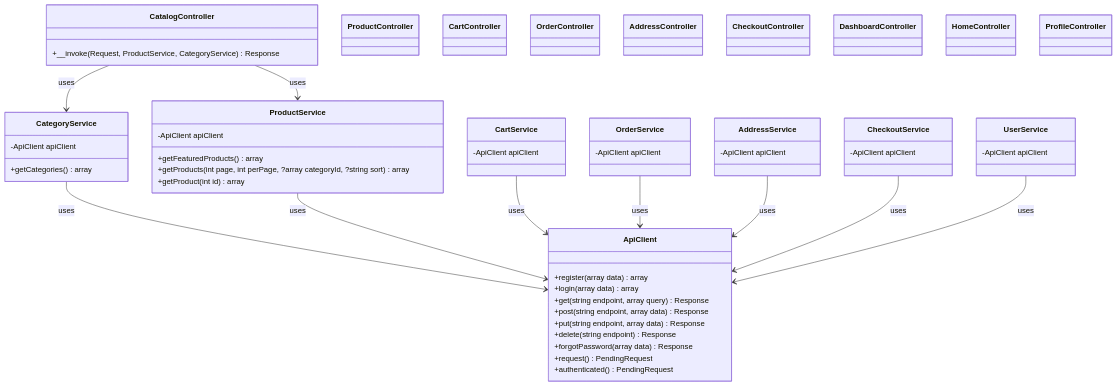
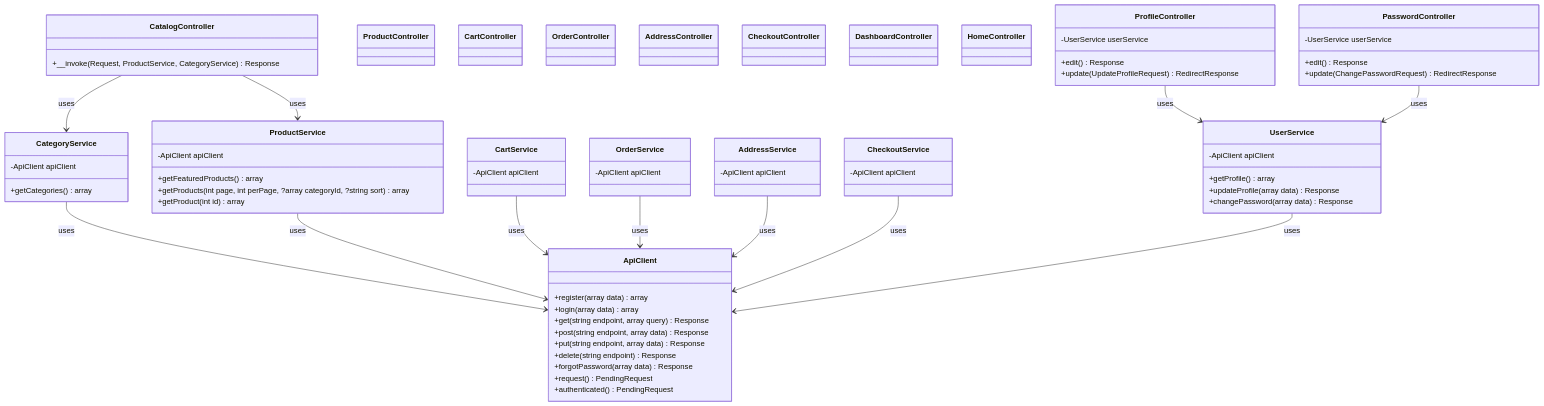
The diagram in uml/entities.mmd (ikonoverde/b2b-mobile), drawn with Mermaid before and after one commit. The commit also changed 9 other files, not shown here.

```diff
--- a/uml/entities.mmd
+++ b/uml/entities.mmd
@@ -1,83 +1,97 @@
 classDiagram
     class ApiClient {
         +register(array data) array
         +login(array data) array
         +get(string endpoint, array query) Response
         +post(string endpoint, array data) Response
         +put(string endpoint, array data) Response
         +delete(string endpoint) Response
         +forgotPassword(array data) Response
         +request() PendingRequest
         +authenticated() PendingRequest
     }
 
     class CategoryService {
         -ApiClient apiClient
         +getCategories() array
     }
 
     class ProductService {
         -ApiClient apiClient
         +getFeaturedProducts() array
         +getProducts(int page, int perPage, ?array categoryId, ?string sort) array
         +getProduct(int id) array
     }
 
     class CartService {
         -ApiClient apiClient
     }
 
     class OrderService {
         -ApiClient apiClient
     }
 
     class AddressService {
         -ApiClient apiClient
     }
 
     class CheckoutService {
         -ApiClient apiClient
     }
 
     class UserService {
         -ApiClient apiClient
+        +getProfile() array
+        +updateProfile(array data) Response
+        +changePassword(array data) Response
     }
 
     class CatalogController {
         +__invoke(Request, ProductService, CategoryService) Response
     }
 
     class ProductController {
     }
 
     class CartController {
     }
 
     class OrderController {
     }
 
     class AddressController {
     }
 
     class CheckoutController {
     }
 
     class DashboardController {
     }
 
     class HomeController {
     }
 
     class ProfileController {
+        -UserService userService
+        +edit() Response
+        +update(UpdateProfileRequest) RedirectResponse
+    }
+
+    class PasswordController {
+        -UserService userService
+        +edit() Response
+        +update(ChangePasswordRequest) RedirectResponse
     }
 
     CategoryService --> ApiClient : uses
     ProductService --> ApiClient : uses
     CartService --> ApiClient : uses
     OrderService --> ApiClient : uses
     AddressService --> ApiClient : uses
     CheckoutService --> ApiClient : uses
     UserService --> ApiClient : uses
 
     CatalogController --> ProductService : uses
     CatalogController --> CategoryService : uses
+    ProfileController --> UserService : uses
+    PasswordController --> UserService : uses
```
